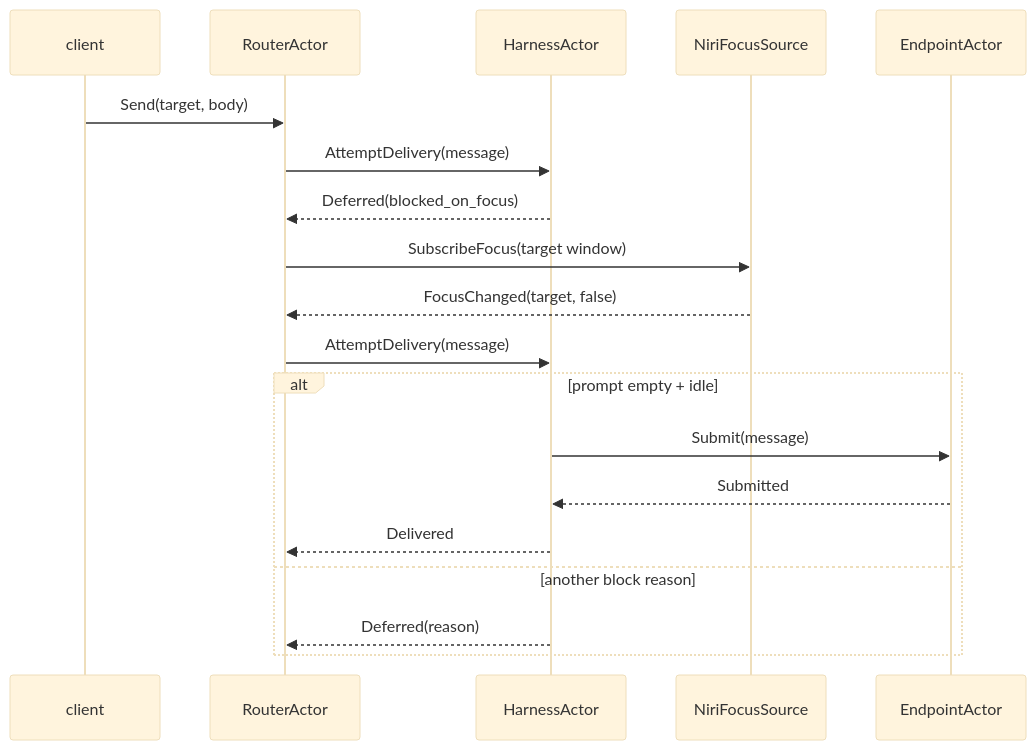
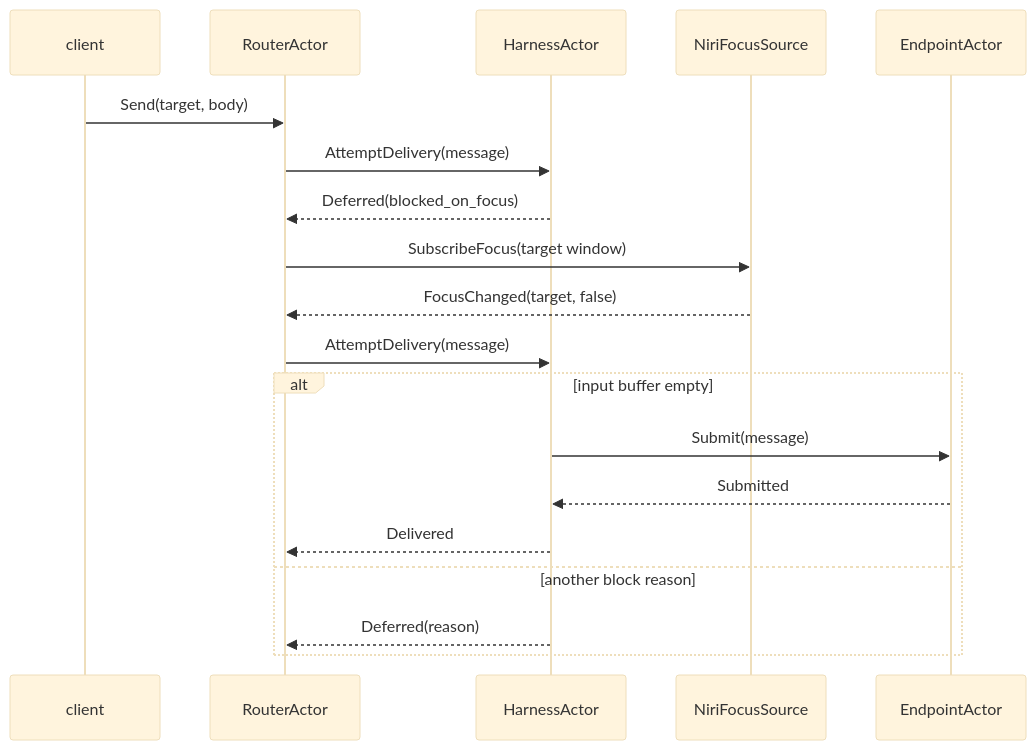
Before and after one commit to LiGoldragon/primary: the eighth of 9 diagrams in reports/operator/7-minimal-niri-input-gate.md, drawn with Mermaid (base theme). The commit also changed other lines of this file, not shown here.

Commit message:
report remove idle gate

````diff
--- a/reports/operator/7-minimal-niri-input-gate.md
+++ b/reports/operator/7-minimal-niri-input-gate.md
@@ -211,22 +205,22 @@
 ```mermaid
 sequenceDiagram
     participant C as client
     participant R as RouterActor
     participant H as HarnessActor
     participant F as NiriFocusSource
     participant E as EndpointActor
 
     C->>R: Send(target, body)
     R->>H: AttemptDelivery(message)
     H-->>R: Deferred(blocked_on_focus)
     R->>F: SubscribeFocus(target window)
     F-->>R: FocusChanged(target, false)
     R->>H: AttemptDelivery(message)
-    alt prompt empty + idle
+    alt input buffer empty
         H->>E: Submit(message)
         E-->>H: Submitted
         H-->>R: Delivered
     else another block reason
         H-->>R: Deferred(reason)
     end
 ```
````
